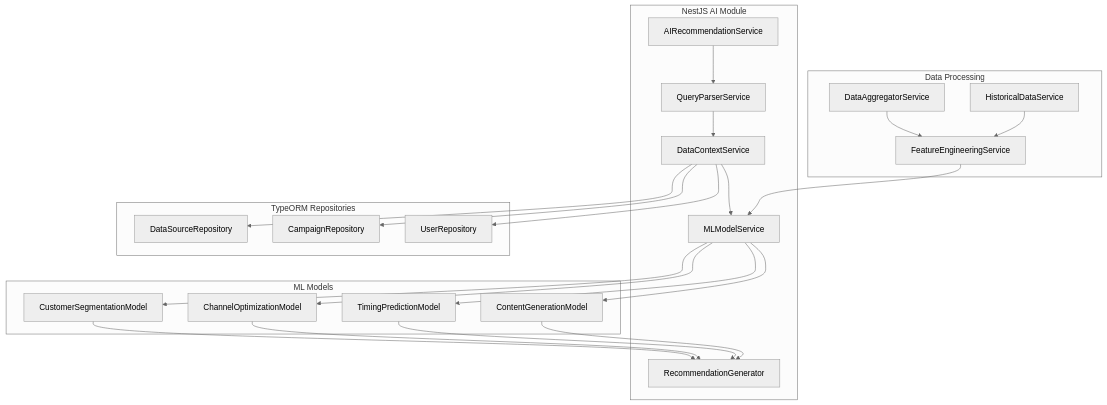
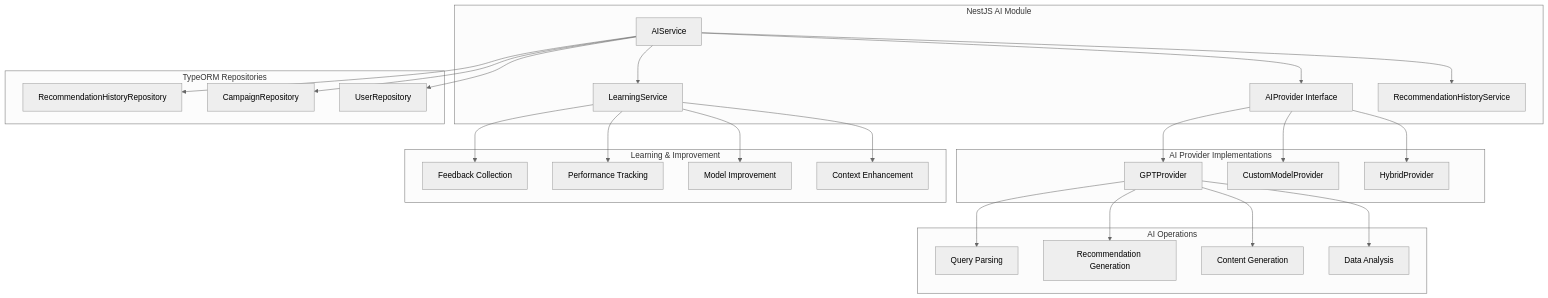
The fourth of 9 diagrams in docs/system-design.md (sakibrahmanchy/markopolo-ai-fullstack-challenge), drawn with Mermaid (neutral theme) before and after one commit. The commit also changed other lines of this file and 3 other files, not shown here.

````diff
--- a/docs/system-design.md
+++ b/docs/system-design.md
@@ -196,47 +196,53 @@
 ```mermaid
 graph TB
     subgraph "NestJS AI Module"
-        A[AIRecommendationService]
-        B[QueryParserService]
-        C[DataContextService]
-        D[MLModelService]
-        E[RecommendationGenerator]
+        A[AIService]
+        B[AIProvider Interface]
+        C[LearningService]
+        D[RecommendationHistoryService]
     end
     
-    subgraph "ML Models"
-        F[CustomerSegmentationModel]
-        G[ChannelOptimizationModel]
-        H[TimingPredictionModel]
-        I[ContentGenerationModel]
+    subgraph "AI Provider Implementations"
+        E[GPTProvider]
+        F[CustomModelProvider]
+        G[HybridProvider]
     end
     
-    subgraph "Data Processing"
-        J[DataAggregatorService]
-        K[HistoricalDataService]
-        L[FeatureEngineeringService]
+    subgraph "AI Operations"
+        H[Query Parsing]
+        I[Recommendation Generation]
+        J[Content Generation]
+        K[Data Analysis]
+    end
+    
+    subgraph "Learning & Improvement"
+        L[Feedback Collection]
+        M[Performance Tracking]
+        N[Model Improvement]
+        O[Context Enhancement]
     end
     
     subgraph "TypeORM Repositories"
-        M[DataSourceRepository]
-        N[CampaignRepository]
-        O[UserRepository]
+        P[RecommendationHistoryRepository]
+        Q[CampaignRepository]
+        R[UserRepository]
     end
     
     A --> B
-    B --> C
-    C --> D
-    D --> F
-    D --> G
-    D --> H
-    D --> I
-    F --> E
-    G --> E
-    H --> E
-    I --> E
-    J --> L
-    K --> L
-    L --> D
+    B --> E
+    B --> F
+    B --> G
+    A --> C
+    A --> D
+    E --> H
+    E --> I
+    E --> J
+    E --> K
+    C --> L
     C --> M
     C --> N
     C --> O
+    A --> P
+    A --> Q
+    A --> R
 ```
````
